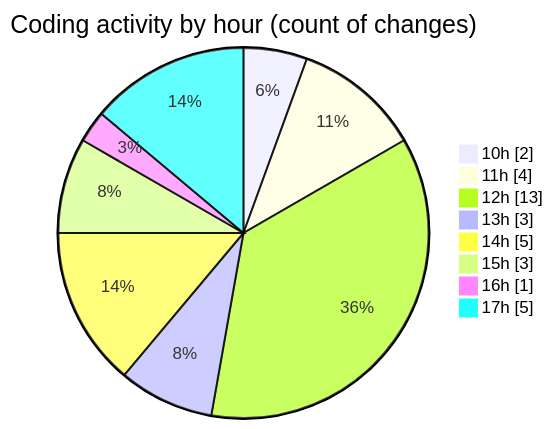
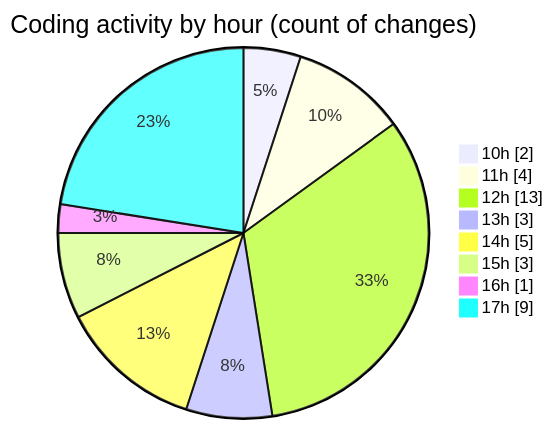
One commit to nxtqubesakshisongat/code-tracking changed the second of 2 diagrams in 2025-11-06/nxtqube_webapp/README.md. Above: the diagram before and after it, drawn with Mermaid. The commit also changed other lines of this file and 1 other file, not shown here.

````diff
--- a/2025-11-06/nxtqube_webapp/README.md
+++ b/2025-11-06/nxtqube_webapp/README.md
@@ -36,12 +37,12 @@
 ```mermaid
 pie showData
 title Coding activity by hour (count of changes)
 "10h" : 2
 "11h" : 4
 "12h" : 13
 "13h" : 3
 "14h" : 5
 "15h" : 3
 "16h" : 1
-"17h" : 5
+"17h" : 9
 ```
````
